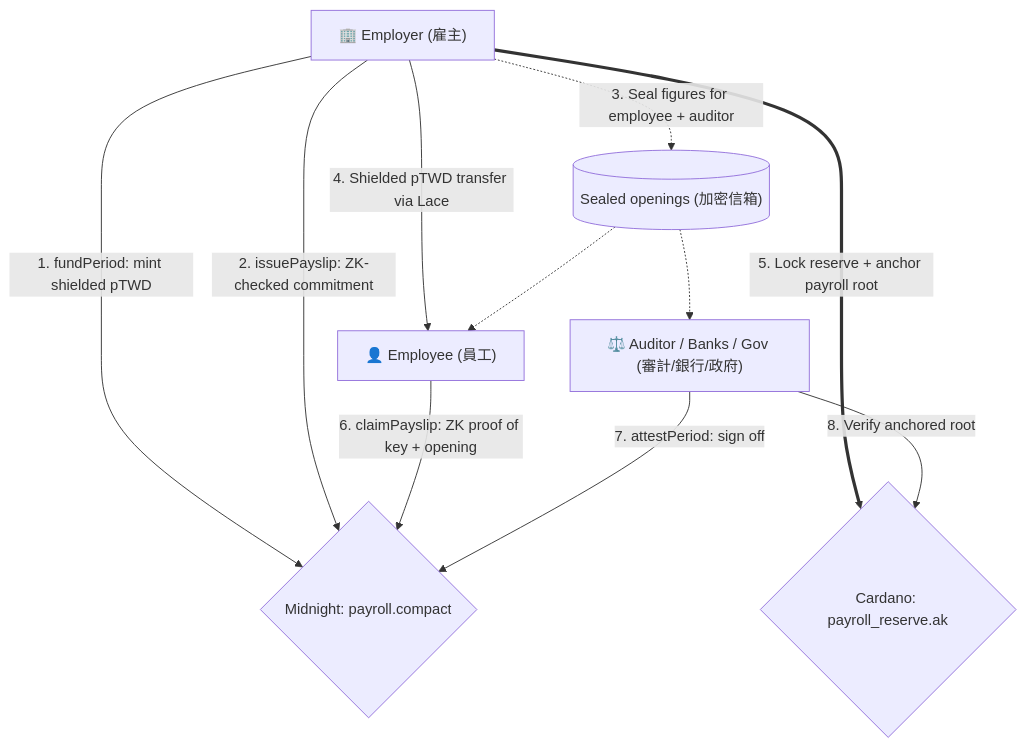
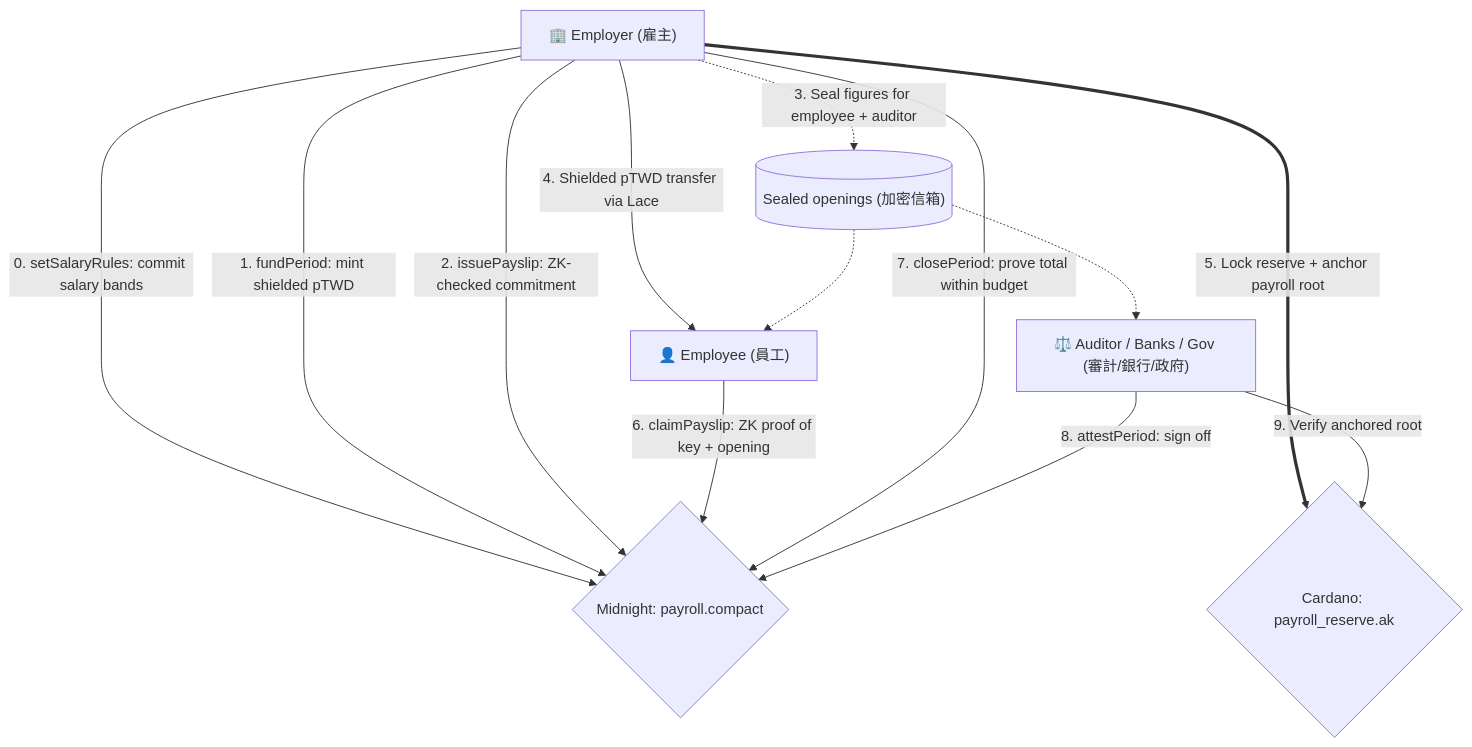
The diagram in README.md (lihsuan0411-ops/On-Chain-payroll), drawn with Mermaid before and after one commit. The commit also changed other lines of this file and 3 other files, not shown here.

````diff
--- a/README.md
+++ b/README.md
@@ -17,20 +17,22 @@
 ```mermaid
 graph TD
     Employer["🏢 Employer (雇主)"]
     Employee["👤 Employee (員工)"]
     Auditor["⚖️ Auditor / Banks / Gov (審計/銀行/政府)"]
     Midnight{"Midnight: payroll.compact"}
     Cardano{"Cardano: payroll_reserve.ak"}
     Mailbox[("Sealed openings (加密信箱)")]
 
+    Employer -->|"0. setSalaryRules: commit salary bands"| Midnight
     Employer -->|"1. fundPeriod: mint shielded pTWD"| Midnight
     Employer -->|"2. issuePayslip: ZK-checked commitment"| Midnight
     Employer -.->|"3. Seal figures for employee + auditor"| Mailbox
     Employer -->|"4. Shielded pTWD transfer via Lace"| Employee
     Employer ==>|"5. Lock reserve + anchor payroll root"| Cardano
     Employee -->|"6. claimPayslip: ZK proof of key + opening"| Midnight
     Mailbox -.-> Employee
     Mailbox -.-> Auditor
-    Auditor -->|"7. attestPeriod: sign off"| Midnight
-    Auditor -->|"8. Verify anchored root"| Cardano
+    Employer -->|"7. closePeriod: prove total within budget"| Midnight
+    Auditor -->|"8. attestPeriod: sign off"| Midnight
+    Auditor -->|"9. Verify anchored root"| Cardano
 ```
````
